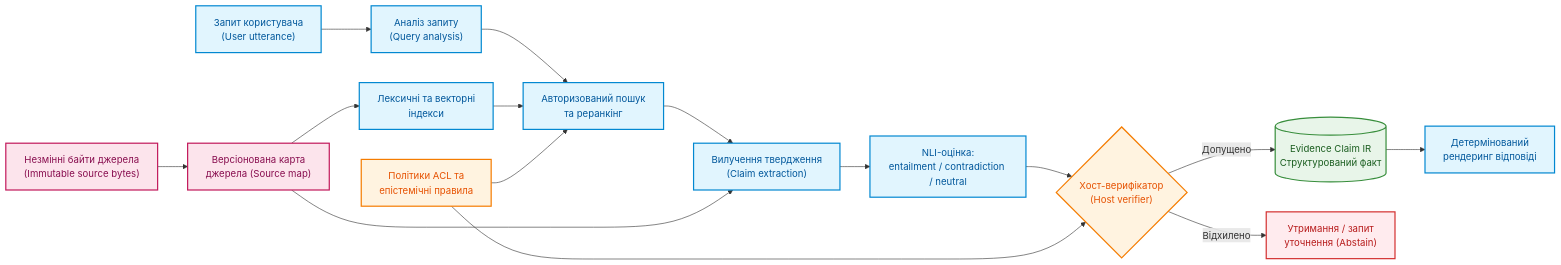
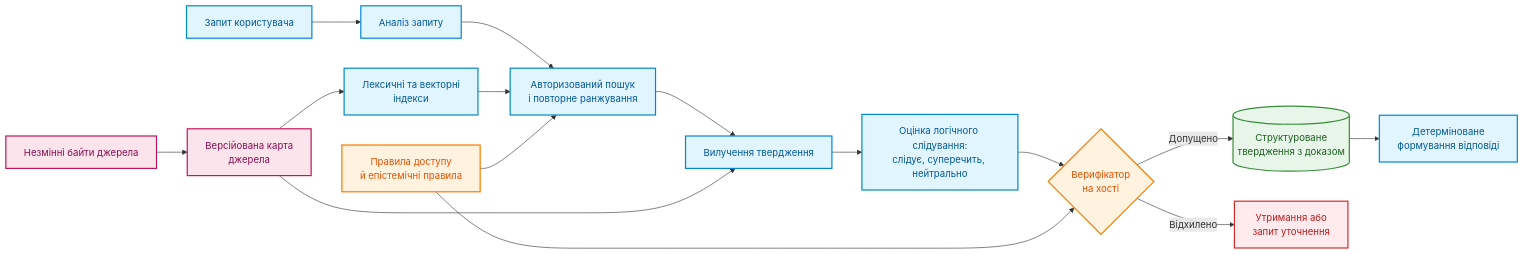
The first of 7 diagrams in ExpertSystem/ch12-linguistic-analysis-and-local-models.md (nick-fedchik/articles), drawn with Mermaid before and after one commit. The commit also changed other lines of this file, not shown here.

````diff
--- a/ExpertSystem/ch12-linguistic-analysis-and-local-models.md
+++ b/ExpertSystem/ch12-linguistic-analysis-and-local-models.md
@@ -24,32 +23,32 @@
 ```mermaid
 flowchart LR
     accTitle: Контур перевірки мовного твердження від байтів до допуску
-    accDescr: Схема проходження від незмінних байтів джерела до формування допущеного твердження або утримання від відповіді.
+    accDescr: Проходження від незмінних байтів джерела до допущеного твердження або до утримання від відповіді.
 
-    B["Незмінні байти джерела<br/>(Immutable source bytes)"] --> SM["Версіонована карта<br/>джерела (Source map)"]
-    Q["Запит користувача<br/>(User utterance)"] --> QA["Аналіз запиту<br/>(Query analysis)"]
+    B["Незмінні байти джерела"] --> SM["Версійована карта<br/>джерела"]
+    Q["Запит користувача"] --> QA["Аналіз запиту"]
     SM --> IDX["Лексичні та векторні<br/>індекси"]
-    QA --> RET["Авторизований пошук<br/>та реранкінг"]
+    QA --> RET["Авторизований пошук<br/>і повторне ранжування"]
     IDX --> RET
-    POL["Політики ACL та<br/>епістемічні правила"] --> RET
-    RET --> EXT["Вилучення твердження<br/>(Claim extraction)"]
+    POL["Правила доступу<br/>й епістемічні правила"] --> RET
+    RET --> EXT["Вилучення твердження"]
     SM --> EXT
-    EXT --> NLI["NLI-оцінка:<br/>entailment / contradiction / neutral"]
-    NLI --> HV{"Хост-верифікатор<br/>(Host verifier)"}
+    EXT --> NLI["Оцінка логічного слідування:<br/>слідує, суперечить, нейтрально"]
+    NLI --> HV{"Верифікатор<br/>на хості"}
     POL --> HV
-    HV -->|Допущено| IR[("Evidence Claim IR<br/>Структурований факт")]
-    HV -->|Відхилено| ABS["Утримання / запит<br/>уточнення (Abstain)"]
-    IR --> REN["Детермінований<br/>рендеринг відповіді"]
+    HV -->|"Допущено"| IR[("Структуроване<br/>твердження з доказом")]
+    HV -->|"Відхилено"| ABS["Утримання або<br/>запит уточнення"]
+    IR --> REN["Детерміноване<br/>формування відповіді"]
 
     classDef src fill:#fce4ec,stroke:#c2185b,stroke-width:2px,color:#880e4f;
     classDef proc fill:#e1f5fe,stroke:#0288d1,stroke-width:2px,color:#01579b;
     classDef check fill:#fff3e0,stroke:#f57c00,stroke-width:2px,color:#e65100;
     classDef target fill:#e8f5e9,stroke:#388e3c,stroke-width:2px,color:#1b5e20;
     classDef alert fill:#ffebee,stroke:#d32f2f,stroke-width:2px,color:#b71c1c;
 
     class B,SM src;
     class Q,QA,IDX,RET,EXT,NLI,REN proc;
     class POL,HV check;
     class IR target;
     class ABS alert;
 ```
````
